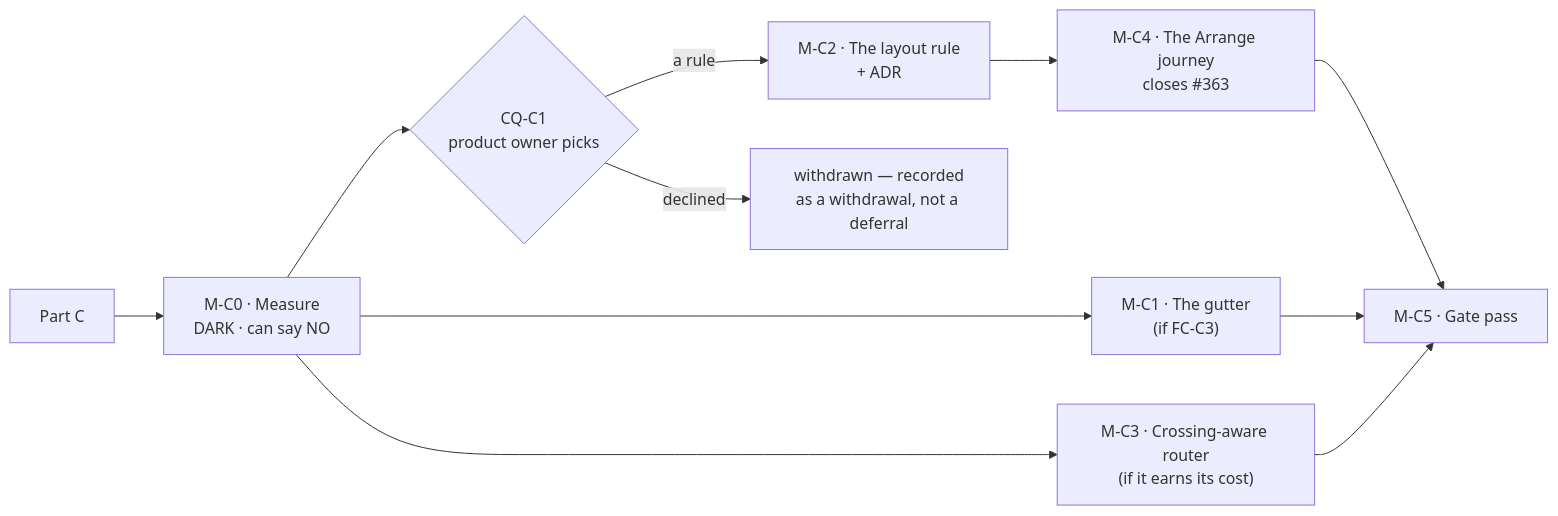
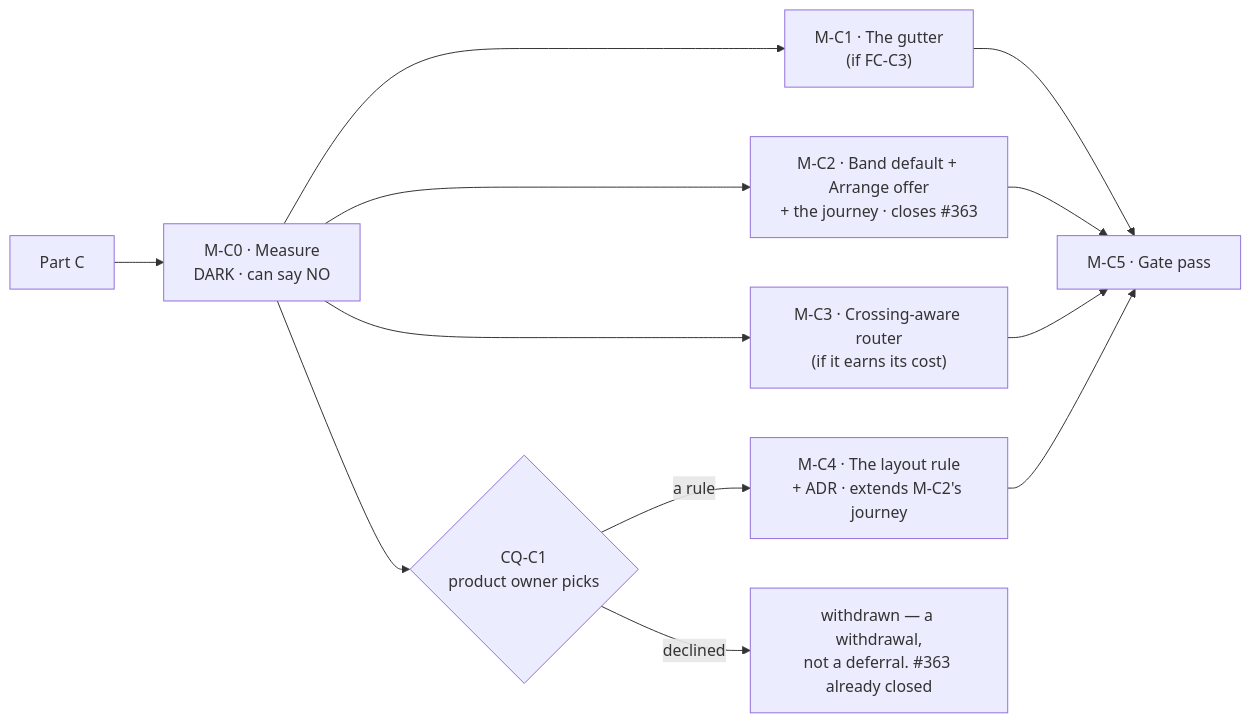
The diagram in docs/specs/diagram-legibility/part-c-implementation-plan.md (HuttonHomeHub/SchedulePoint_1), drawn with Mermaid before and after one commit. The commit also changed other lines of this file and 1 other file, not shown here.

````diff
--- a/docs/specs/diagram-legibility/part-c-implementation-plan.md
+++ b/docs/specs/diagram-legibility/part-c-implementation-plan.md
@@ -16,13 +19,14 @@
 ```mermaid
 flowchart LR
   E["Part C"] --> M0["M-C0 · Measure<br/>DARK · can say NO"]
+  M0 --> M1["M-C1 · The gutter<br/>(if FC-C3)"]
+  M0 --> M2["M-C2 · Band default + Arrange offer<br/>+ the journey · closes #363"]
+  M0 --> M3["M-C3 · Crossing-aware router<br/>(if it earns its cost)"]
   M0 --> G1{"CQ-C1<br/>product owner picks"}
-  M0 --> M1["M-C1 · The gutter<br/>(if FC-C3)"]
-  G1 -->|"a rule"| M2["M-C2 · The layout rule<br/>+ ADR"]
-  G1 -->|"declined"| SKIP["withdrawn — recorded<br/>as a withdrawal, not a deferral"]
-  M0 --> M3["M-C3 · Crossing-aware router<br/>(if it earns its cost)"]
-  M2 --> M4["M-C4 · The Arrange journey<br/>closes #363"]
+  G1 -->|"a rule"| M4["M-C4 · The layout rule<br/>+ ADR · extends M-C2's journey"]
+  G1 -->|"declined"| SKIP["withdrawn — a withdrawal,<br/>not a deferral. #363 already closed"]
   M1 --> M5
+  M2 --> M5
   M3 --> M5
   M4 --> M5["M-C5 · Gate pass"]
 ```
````
